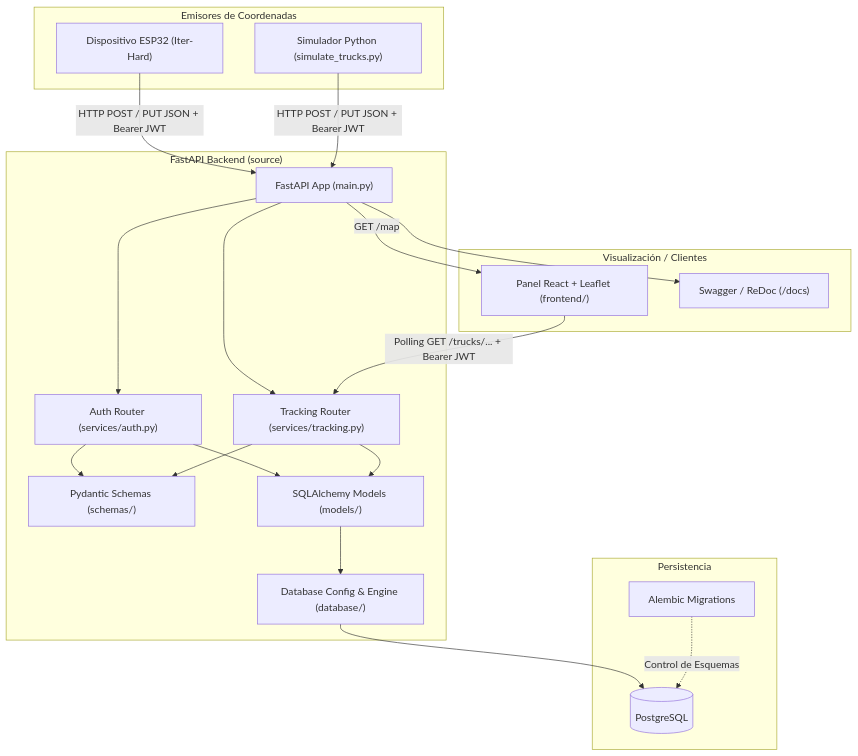
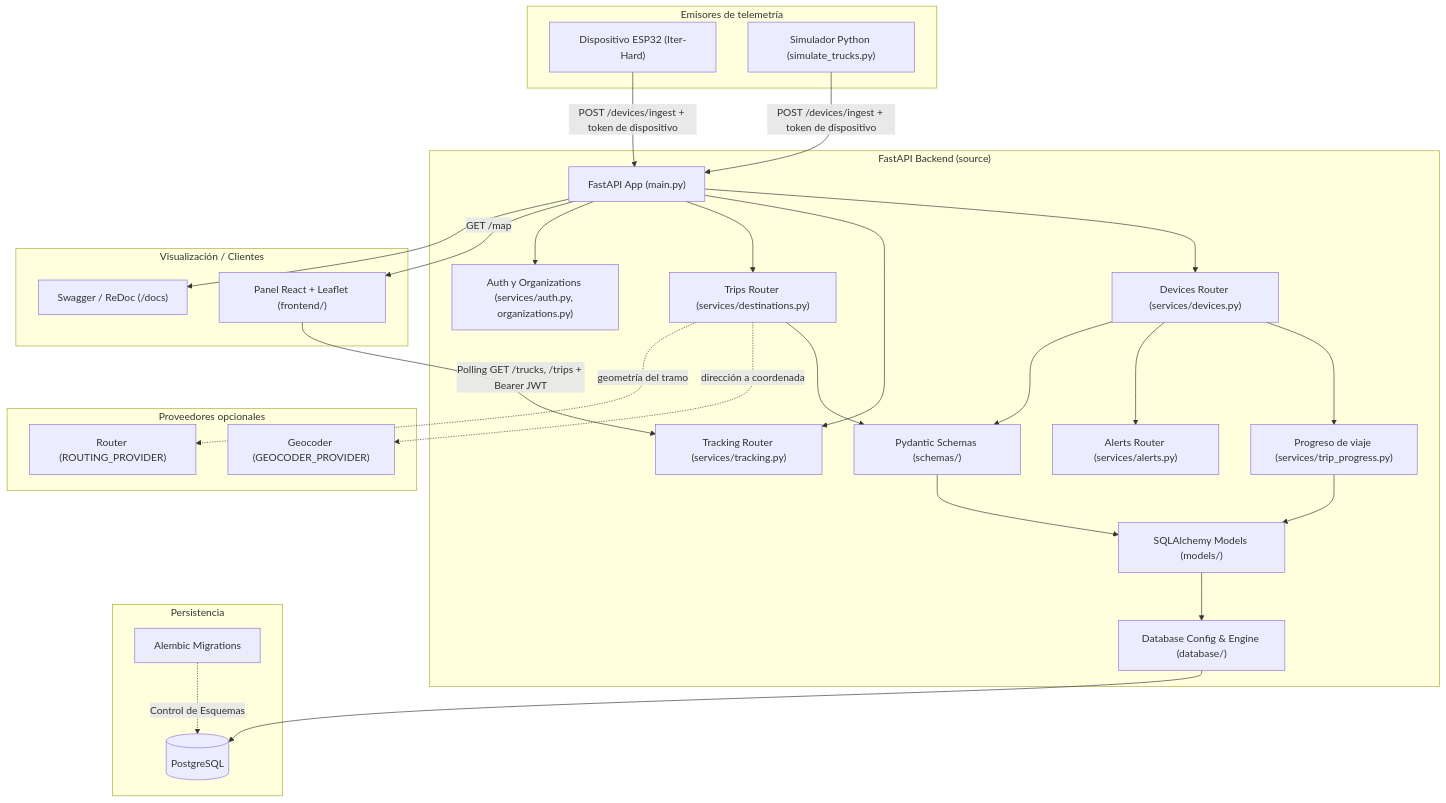
Before and after one commit to octa-afk/IterTrack: the diagram in README.md, drawn with Mermaid. The commit also changed other lines of this file and 4 other files, not shown here.

````diff
--- a/README.md
+++ b/README.md
@@ -49,41 +49,56 @@
 ```mermaid
 flowchart TD
-    subgraph Emisores["Emisores de Coordenadas"]
+    subgraph Emisores["Emisores de telemetría"]
         HW["Dispositivo ESP32 (Iter-Hard)"]
         SIM["Simulador Python (simulate_trucks.py)"]
     end
 
     subgraph Backend["FastAPI Backend (source)"]
         API["FastAPI App (main.py)"]
-        Router["Tracking Router (services/tracking.py)"]
-        Auth["Auth Router (services/auth.py)"]
+        Ingest["Devices Router (services/devices.py)"]
+        Track["Tracking Router (services/tracking.py)"]
+        Trips["Trips Router (services/destinations.py)"]
+        Alerts["Alerts Router (services/alerts.py)"]
+        Auth["Auth y Organizations (services/auth.py, organizations.py)"]
+        Progress["Progreso de viaje (services/trip_progress.py)"]
         Schemas["Pydantic Schemas (schemas/)"]
         ORM["SQLAlchemy Models (models/)"]
         DBCfg["Database Config & Engine (database/)"]
+    end
+
+    subgraph Externos["Proveedores opcionales"]
+        GEO["Geocoder (GEOCODER_PROVIDER)"]
+        RT["Router (ROUTING_PROVIDER)"]
     end
 
     subgraph Storage["Persistencia"]
         PG[("PostgreSQL")]
         AL["Alembic Migrations"]
     end
 
     subgraph Clientes["Visualización / Clientes"]
         MAP["Panel React + Leaflet (frontend/)"]
         DOCS["Swagger / ReDoc (/docs)"]
     end
 
-    HW -->|HTTP POST / PUT JSON + Bearer JWT| API
-    SIM -->|HTTP POST / PUT JSON + Bearer JWT| API
-    API --> Router
+    HW -->|"POST /devices/ingest + token de dispositivo"| API
+    SIM -->|"POST /devices/ingest + token de dispositivo"| API
+    API --> Ingest
+    API --> Track
+    API --> Trips
     API --> Auth
-    Auth --> Schemas
-    Auth --> ORM
-    Router --> Schemas
-    Router --> ORM
+    Ingest --> Progress
+    Ingest --> Alerts
+    Ingest --> Schemas
+    Trips --> Schemas
+    Progress --> ORM
+    Schemas --> ORM
     ORM --> DBCfg
     DBCfg --> PG
-    AL -.->|Control de Esquemas| PG
-    API -->|GET /map| MAP
-    MAP -->|Polling GET /trucks/... + Bearer JWT| Router
+    AL -.->|"Control de Esquemas"| PG
+    Trips -.->|"dirección a coordenada"| GEO
+    Trips -.->|"geometría del tramo"| RT
+    API -->|"GET /map"| MAP
+    MAP -->|"Polling GET /trucks, /trips + Bearer JWT"| Track
     API --> DOCS
 ```
````
